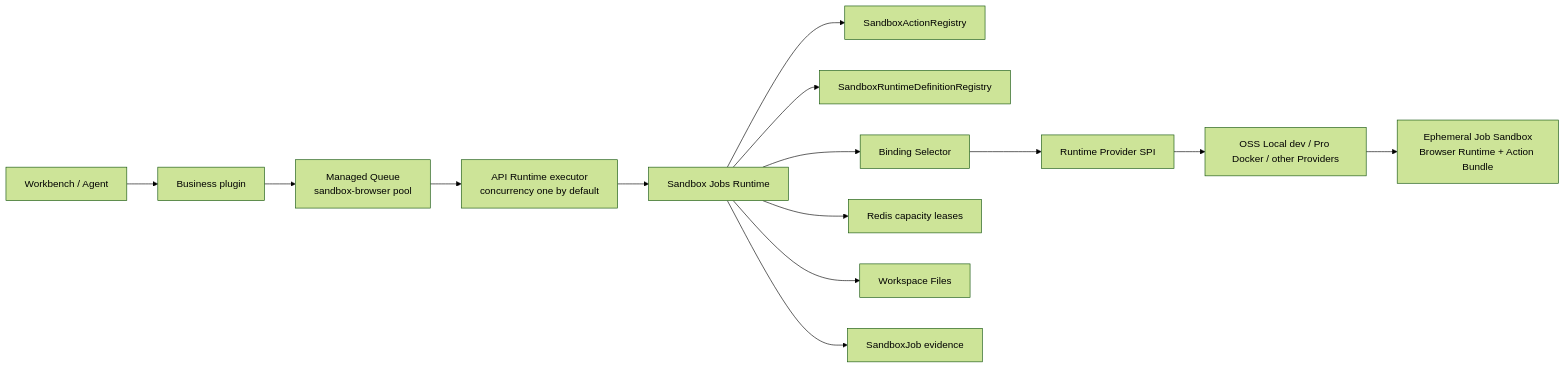
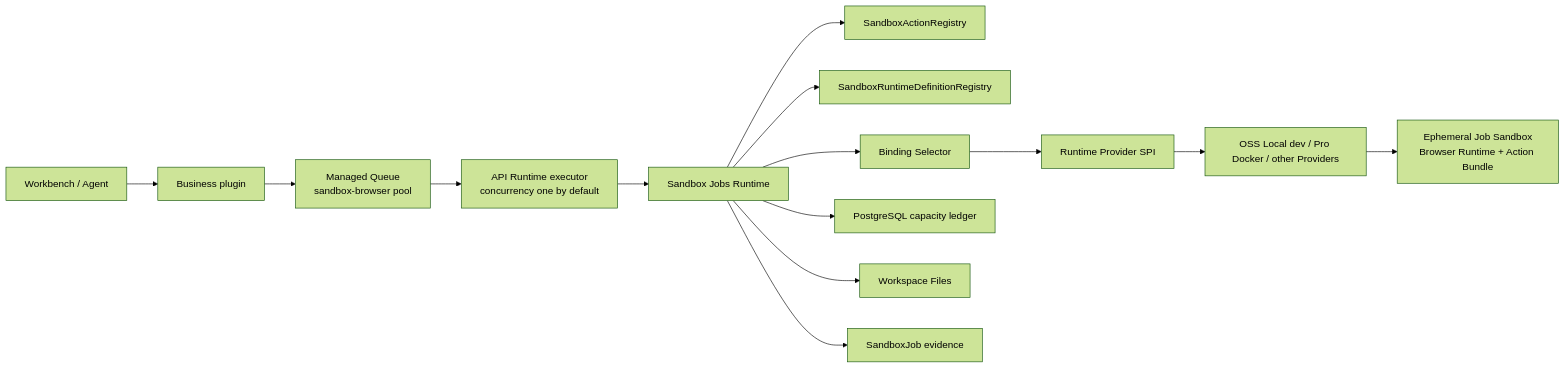
The diagram in docs/en/guides/sandbox-jobs-architecture.mdx (xpert-ai/xpert), drawn with Mermaid (forest theme) before and after one commit. The commit also changed other lines of this file and 58 other files, not shown here.

````diff
--- a/docs/en/guides/sandbox-jobs-architecture.mdx
+++ b/docs/en/guides/sandbox-jobs-architecture.mdx
@@ -25,16 +25,16 @@
 ```mermaid
 flowchart LR
     C["Workbench / Agent"] --> P["Business plugin"]
     P --> Q["Managed Queue<br/>sandbox-browser pool"]
     Q --> W["API Runtime executor<br/>concurrency one by default"]
     W --> J["Sandbox Jobs Runtime"]
     J --> A["SandboxActionRegistry"]
     J --> R["SandboxRuntimeDefinitionRegistry"]
     J --> B["Binding Selector"]
-    J --> L["Redis capacity leases"]
+    J --> L["PostgreSQL capacity ledger"]
     B --> D["Runtime Provider SPI"]
     D --> PR["OSS Local dev / Pro Docker / other Providers"]
     PR --> S["Ephemeral Job Sandbox<br/>Browser Runtime + Action Bundle"]
     J --> F["Workspace Files"]
     J --> E["SandboxJob evidence"]
 ```
````
